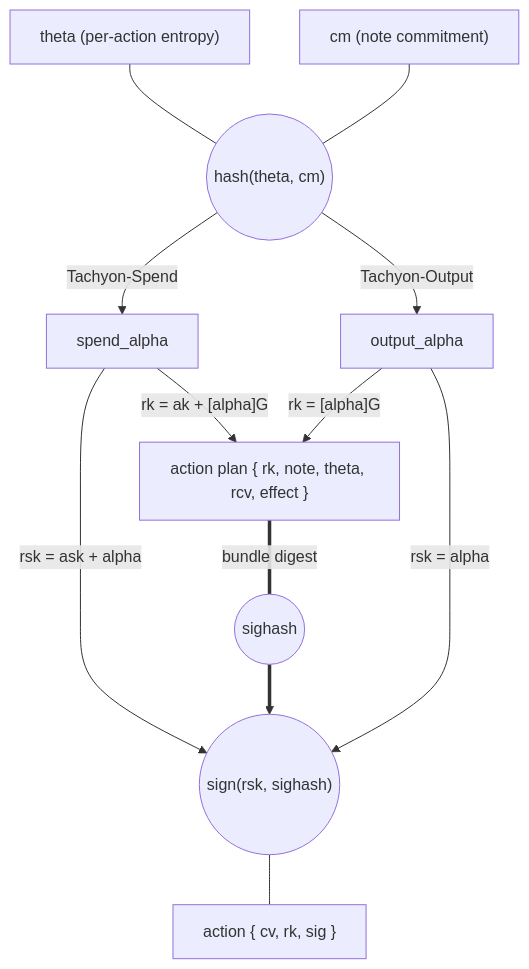
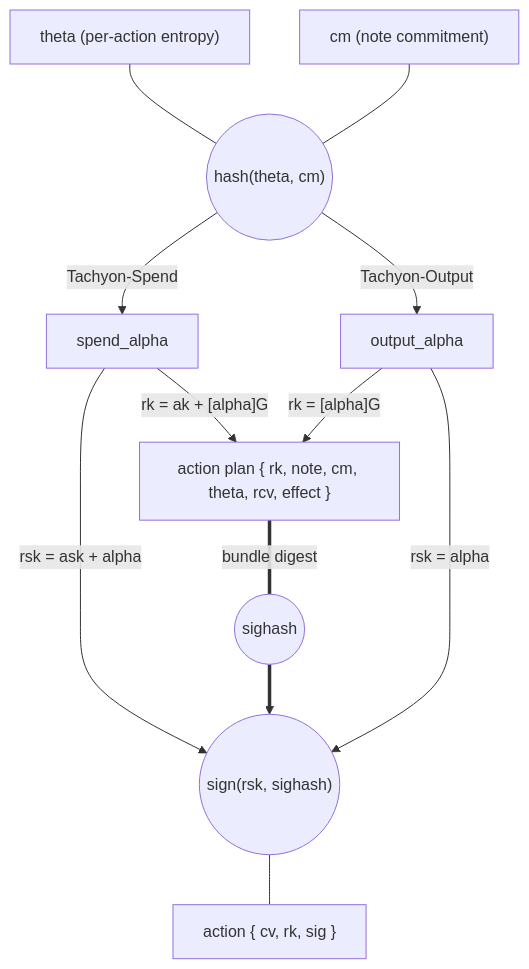
Before and after one commit to tachyon-zcash/tachyon: the first of 3 diagrams in book/src/authorization.md, drawn with Mermaid. The commit also changed other lines of this file and 3 other files, not shown here.

````diff
--- a/book/src/authorization.md
+++ b/book/src/authorization.md
@@ -12,24 +12,24 @@
 ```mermaid
 flowchart TB
     theta["theta (per-action entropy)"]
     cm["cm (note commitment)"]
     hash(("hash(theta, cm)"))
 
     theta & cm --- hash
 
     hash -->|"Tachyon-Spend"| spend_alpha
     hash -->|"Tachyon-Output"| output_alpha
 
     spend_alpha -->|"rk = ak + [alpha]G"| plan
     output_alpha -->|"rk = [alpha]G"| plan
 
-    plan["action plan { rk, note, theta, rcv, effect }"]
+    plan["action plan { rk, note, cm, theta, rcv, effect }"]
     plan ===|"bundle digest"| sighash((sighash))
 
     spend_alpha -->|"rsk = ask + alpha"| sign
     sighash ==> sign
     output_alpha -->|"rsk = alpha"| sign
 
     sign(("sign(rsk, sighash)"))
     sign --- action["action { cv, rk, sig }"]
 ```
````
